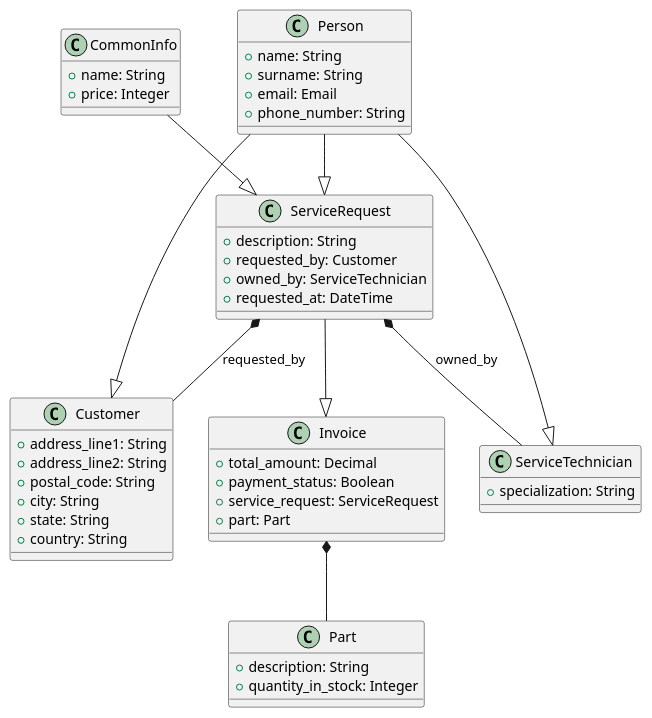
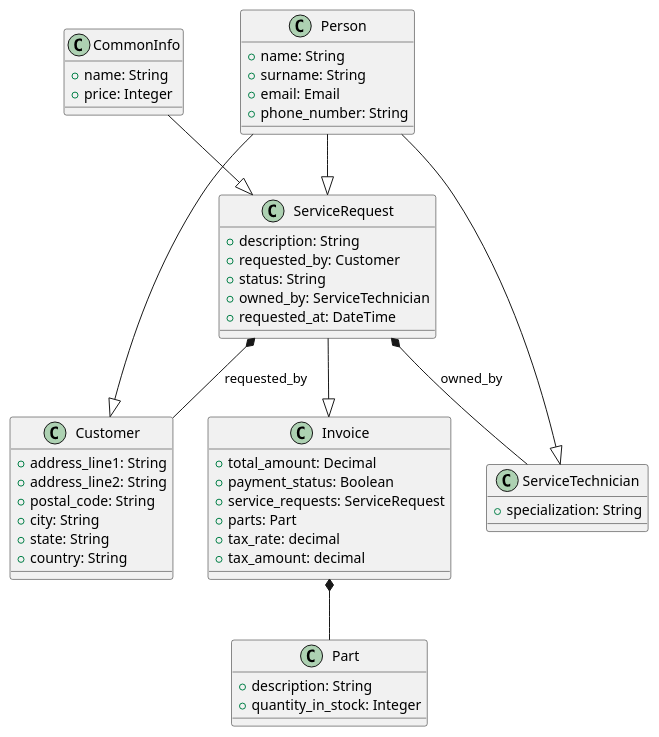
One commit to Fluorky/Computer-Service-Django-Api changed the diagram in umlDiagrams/computer_service_class_diagram.plantuml. Above: the diagram before and after it, drawn with PlantUML. The commit also changed 4 other files, not shown here.

Commit message:
Update model and serializers. Changes in uml diagrams

```diff
--- a/umlDiagrams/computer_service_class_diagram.plantuml
+++ b/umlDiagrams/computer_service_class_diagram.plantuml
@@ -1,47 +1,50 @@
 @startuml
 class CommonInfo {
   + name: String
   + price: Integer 
 }
 class Person {
   + name: String
   + surname: String
   + email: Email
   + phone_number: String
 }
 class ServiceRequest {
   + description: String
   + requested_by: Customer
+  + status: String
   + owned_by: ServiceTechnician
   + requested_at: DateTime
 }
 class Invoice {
   + total_amount: Decimal
   + payment_status: Boolean 
-  + service_request: ServiceRequest
-  + part: Part
+  + service_requests: ServiceRequest 
+  + parts: Part
+  + tax_rate: decimal
+  + tax_amount: decimal
 }
 class Part {
   + description: String
   + quantity_in_stock: Integer 
 }
 class ServiceTechnician {
   + specialization: String
 }
 class Customer {
   + address_line1: String
   + address_line2: String
   + postal_code: String
   + city: String
   + state: String
   + country: String
 }
 CommonInfo --|> ServiceRequest
 Person --|> ServiceRequest
 ServiceRequest --|> Invoice
 ServiceRequest *-- Customer : requested_by
 ServiceRequest *-- ServiceTechnician : owned_by
 Invoice *-- Part
 Person --|> ServiceTechnician
 Person --|> Customer
 @enduml
```
